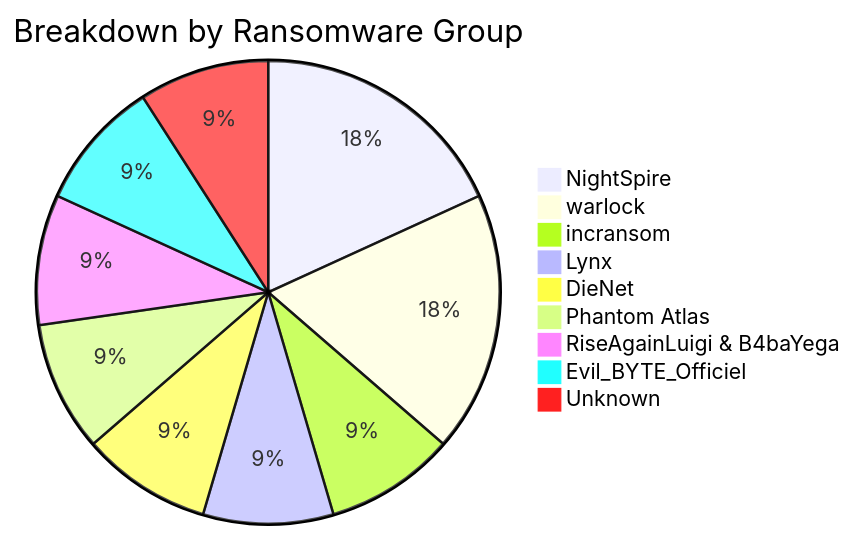
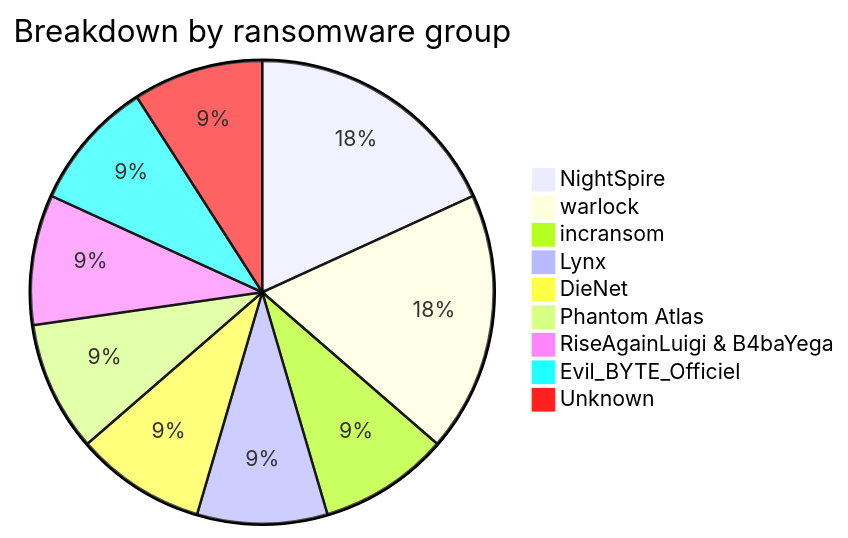
Before and after one commit to Hatchepsoute/AFRINTEL: the first of 5 diagrams in reports/2025/06-june/README.md, drawn with Mermaid. The commit also changed other lines of this file and 1 other file, not shown here.

````diff
--- a/reports/2025/06-june/README.md
+++ b/reports/2025/06-june/README.md
@@ -35,12 +35,12 @@
 ```mermaid
-pie title Breakdown by Ransomware Group
+pie title Breakdown by ransomware group
     "NightSpire" : 2
     "warlock" : 2
     "incransom" : 1
     "Lynx" : 1
     "DieNet" : 1
     "Phantom Atlas" : 1
     "RiseAgainLuigi & B4baYega" : 1
     "Evil_BYTE_Officiel" : 1
     "Unknown" : 1
 ```
````
